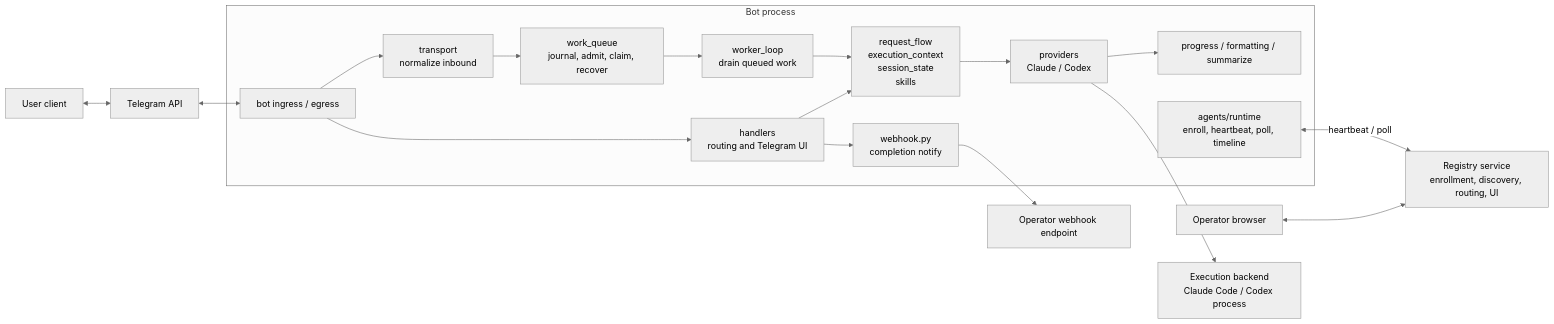
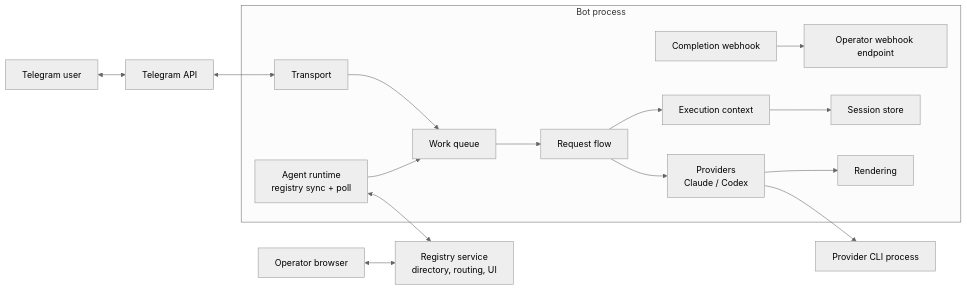
One commit to privacynow/octopus changed the first of 8 diagrams in docs/ARCHITECTURE.md. Above: the diagram before and after it, drawn with Mermaid (neutral theme). The commit also changed other lines of this file and 2 other files, not shown here.

Commit message:
Refresh architecture and README docs

````diff
--- a/docs/ARCHITECTURE.md
+++ b/docs/ARCHITECTURE.md
@@ -40,34 +47,31 @@
 ```mermaid
 flowchart LR
-    U["User client"] <--> TG["Telegram API"]
-    OPS["Operator browser"] <--> REG["Registry service<br/>enrollment, discovery, routing, UI"]
+    U["Telegram user"] <--> TG["Telegram API"]
+    OB["Operator browser"] <--> REG["Registry service<br/>directory, routing, UI"]
     WHK["Operator webhook endpoint"]
 
     subgraph BOT["Bot process"]
-        IO["bot ingress / egress"]
-        T["transport<br/>normalize inbound"]
-        WQ["work_queue<br/>journal, admit, claim, recover"]
-        H["handlers<br/>routing and Telegram UI"]
-        WL["worker_loop<br/>drain queued work"]
-        CORE["request_flow<br/>execution_context<br/>session_state<br/>skills"]
-        P["providers<br/>Claude / Codex"]
-        OUT["progress / formatting / summarize"]
-        AR["agents/runtime<br/>enroll, heartbeat, poll, timeline"]
-        WH["webhook.py<br/>completion notify"]
+        TR["Transport"]
+        WQ["Work queue"]
+        SS["Session store"]
+        EC["Execution context"]
+        RF["Request flow"]
+        PR["Providers<br/>Claude / Codex"]
+        RD["Rendering"]
+        AG["Agent runtime<br/>registry sync + poll"]
+        WH["Completion webhook"]
 
-        IO --> T
-        IO --> H
-        T --> WQ
-        WQ --> WL
-        H --> CORE
-        WL --> CORE
-        CORE --> P
-        P --> OUT
-        H --> WH
+        TR --> WQ
+        WQ --> RF
+        RF --> EC
+        EC --> SS
+        RF --> PR
+        PR --> RD
+        AG --> WQ
+        WH --> WHK
     end
 
-    TG <--> IO
-    P --> EB["Execution backend<br/>Claude Code / Codex process"]
-    AR <-->|"heartbeat / poll"| REG
-    WH --> WHK
+    TG <--> TR
+    AG <--> REG
+    PR --> CLI["Provider CLI process"]
 ```
````
